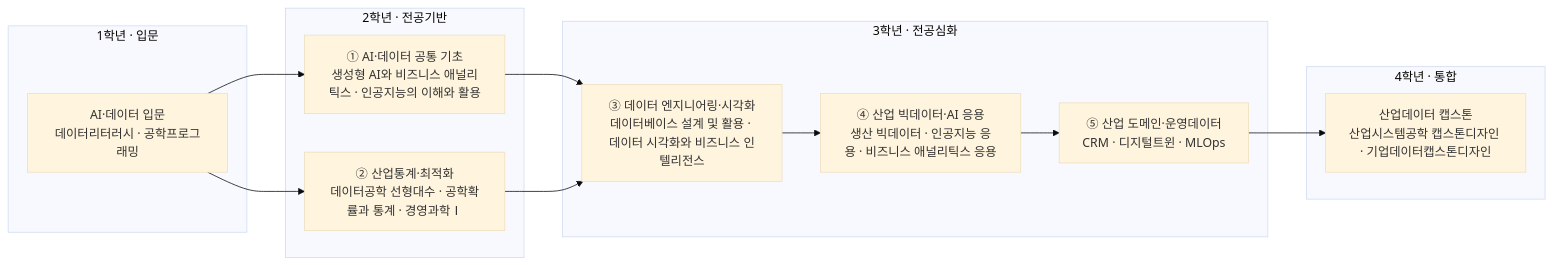
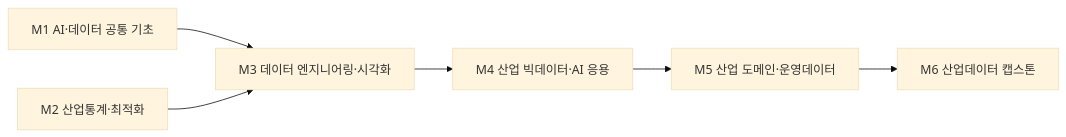
Before and after one commit to parclab-hsu/ai-curriculum-2026: the diagram in docs/it/applied-industrial-data.md, drawn with Mermaid (base theme). The commit also changed other lines of this file and 22 other files, not shown here.

````diff
--- a/docs/it/applied-industrial-data.md
+++ b/docs/it/applied-industrial-data.md
@@ -133,25 +144,6 @@
 ```mermaid
 flowchart LR
-  subgraph Y1["1학년 · 입문"]
-    A0["AI·데이터 입문<br/>데이터리터러시 · 공학프로그래밍"]
-  end
-  subgraph Y2["2학년 · 전공기반"]
-    M1["① AI·데이터 공통 기초<br/>생성형 AI와 비즈니스 애널리틱스 · 인공지능의 이해와 활용"]
-    M2["② 산업통계·최적화<br/>데이터공학 선형대수 · 공학확률과 통계 · 경영과학Ⅰ"]
-  end
-  subgraph Y3["3학년 · 전공심화"]
-    M3["③ 데이터 엔지니어링·시각화<br/>데이터베이스 설계 및 활용 · 데이터 시각화와 비즈니스 인텔리전스"]
-    M4["④ 산업 빅데이터·AI 응용<br/>생산 빅데이터 · 인공지능 응용 · 비즈니스 애널리틱스 응용"]
-    M5["⑤ 산업 도메인·운영데이터<br/>CRM · 디지털트윈 · MLOps"]
-  end
-  subgraph Y4["4학년 · 통합"]
-    CAP["산업데이터 캡스톤<br/>산업시스템공학 캡스톤디자인 · 기업데이터캡스톤디자인"]
-  end
-  A0 --> M1
-  A0 --> M2
-  M1 --> M3
-  M2 --> M3
-  M3 --> M4
-  M4 --> M5
-  M5 --> CAP
+  M1["M1 AI·데이터 공통 기초"] --> M3["M3 데이터 엔지니어링·시각화"]
+  M2["M2 산업통계·최적화"] --> M3
+  M3 --> M4["M4 산업 빅데이터·AI 응용"] --> M5["M5 산업 도메인·운영데이터"] --> CAP["M6 산업데이터 캡스톤"]
 ```
````
